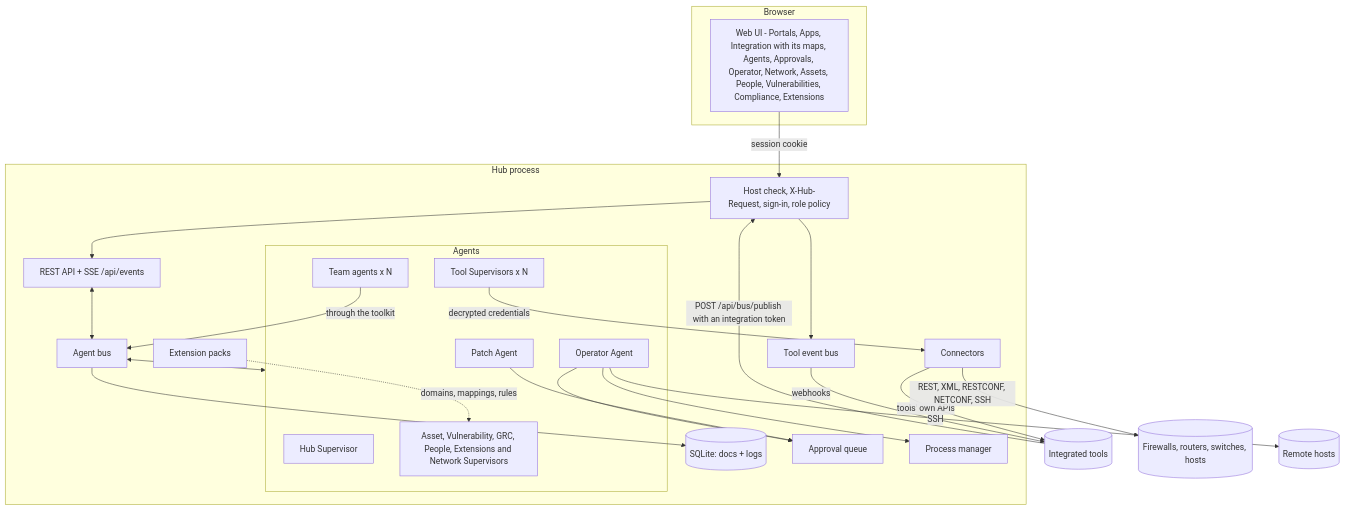
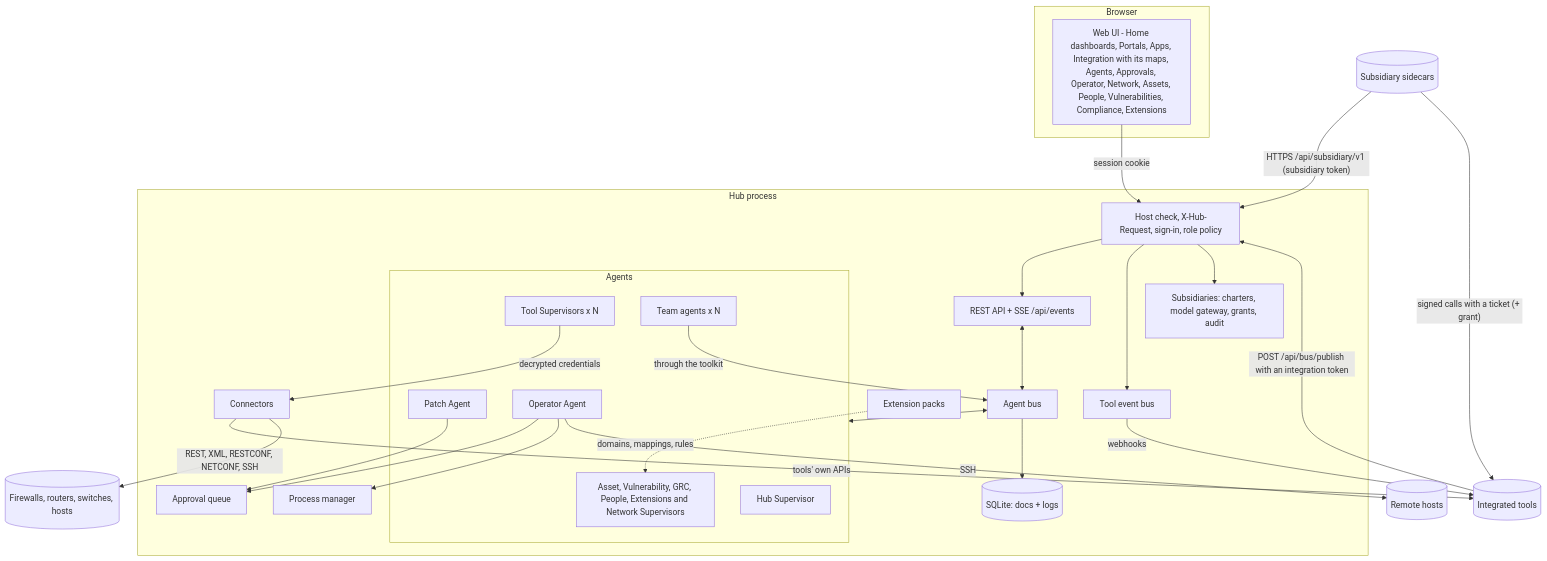
One commit to IvenGe/atrium changed the first of 5 diagrams in docs/ARCHITECTURE.md. Above: the diagram before and after it, drawn with Mermaid. The commit also changed other lines of this file and 257 other files, not shown here.

````diff
--- a/docs/ARCHITECTURE.md
+++ b/docs/ARCHITECTURE.md
@@ -7,42 +7,46 @@
 ```mermaid
 flowchart TB
   subgraph Browser
-    ui[Web UI - Portals, Apps, Integration with its maps, Agents, Approvals, Operator, Network, Assets, People, Vulnerabilities, Compliance, Extensions]
+    ui[Web UI - Home dashboards, Portals, Apps, Integration with its maps, Agents, Approvals, Operator, Network, Assets, People, Vulnerabilities, Compliance, Extensions]
   end
   subgraph Hub process
     guard[Host check, X-Hub-Request, sign-in, role policy]
     api[REST API + SSE /api/events]
     bus[Agent bus]
     store[(SQLite: docs + logs)]
     subgraph Agents
       sup[Hub Supervisor]
       ts[Tool Supervisors x N]
       pa[Patch Agent]
       op[Operator Agent]
       mods[Asset, Vulnerability, GRC, People, Extensions and Network Supervisors]
       team[Team agents x N]
     end
     conn[Connectors]
     ext[Extension packs]
     appr[Approval queue]
     proc[Process manager]
     tbus[Tool event bus]
+    subs[Subsidiaries: charters, model gateway, grants, audit]
   end
   ui -- session cookie --> guard
   guard --> api
   api <--> bus
   bus <--> Agents
   bus --> store
   ts -- decrypted credentials --> conn
   conn -- tools' own APIs --> tools[(Integrated tools)]
   conn -- REST, XML, RESTCONF, NETCONF, SSH --> devices[(Firewalls, routers, switches, hosts)]
   ext -. domains, mappings, rules .-> mods
   pa --> appr
   op --> appr
   op --> proc
   tbus -- webhooks --> tools
   tools -- POST /api/bus/publish with an integration token --> guard
   guard --> tbus
   op -- SSH --> hosts[(Remote hosts)]
   team -- through the toolkit --> bus
+  sidecar[(Subsidiary sidecars)] -- "HTTPS /api/subsidiary/v1 (subsidiary token)" --> guard
+  guard --> subs
+  sidecar -- "signed calls with a ticket (+ grant)" --> tools
 ```
````
